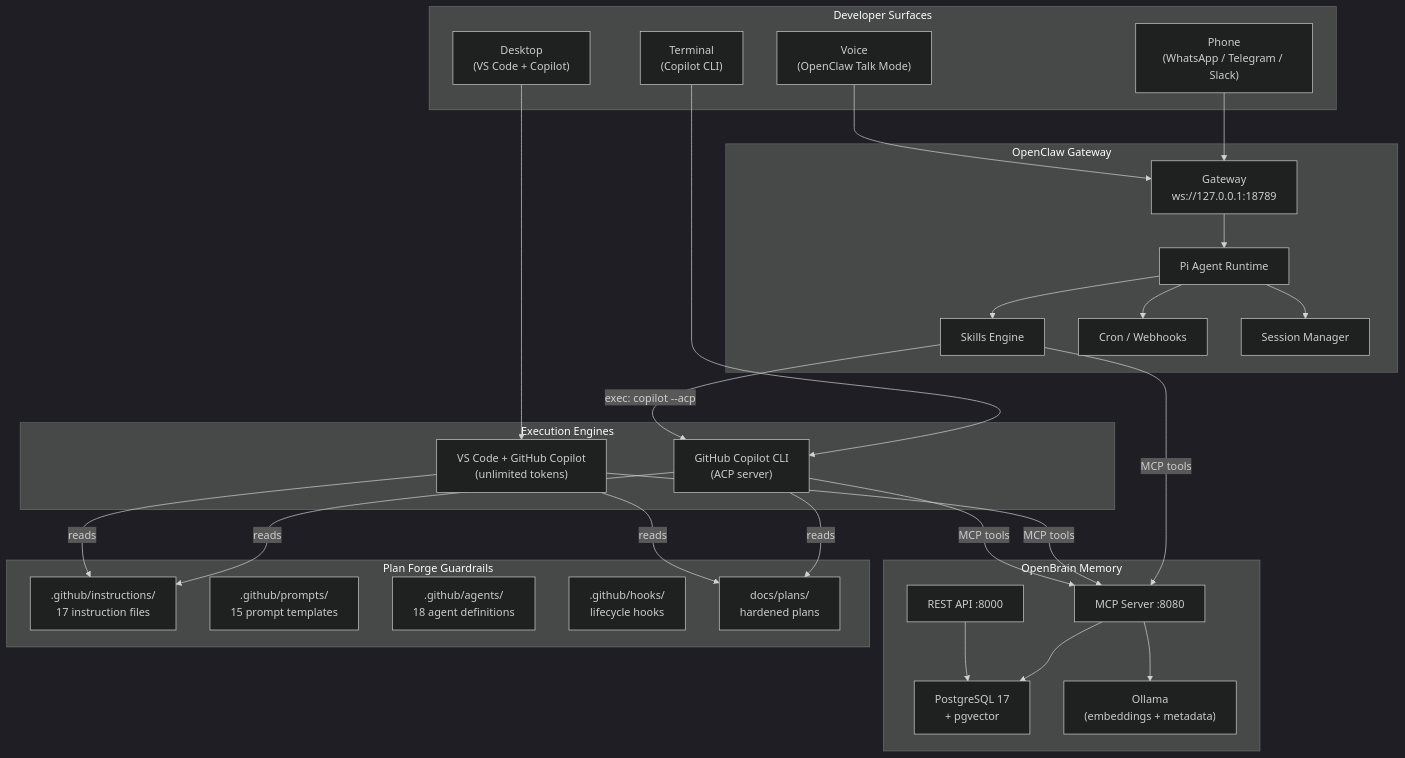
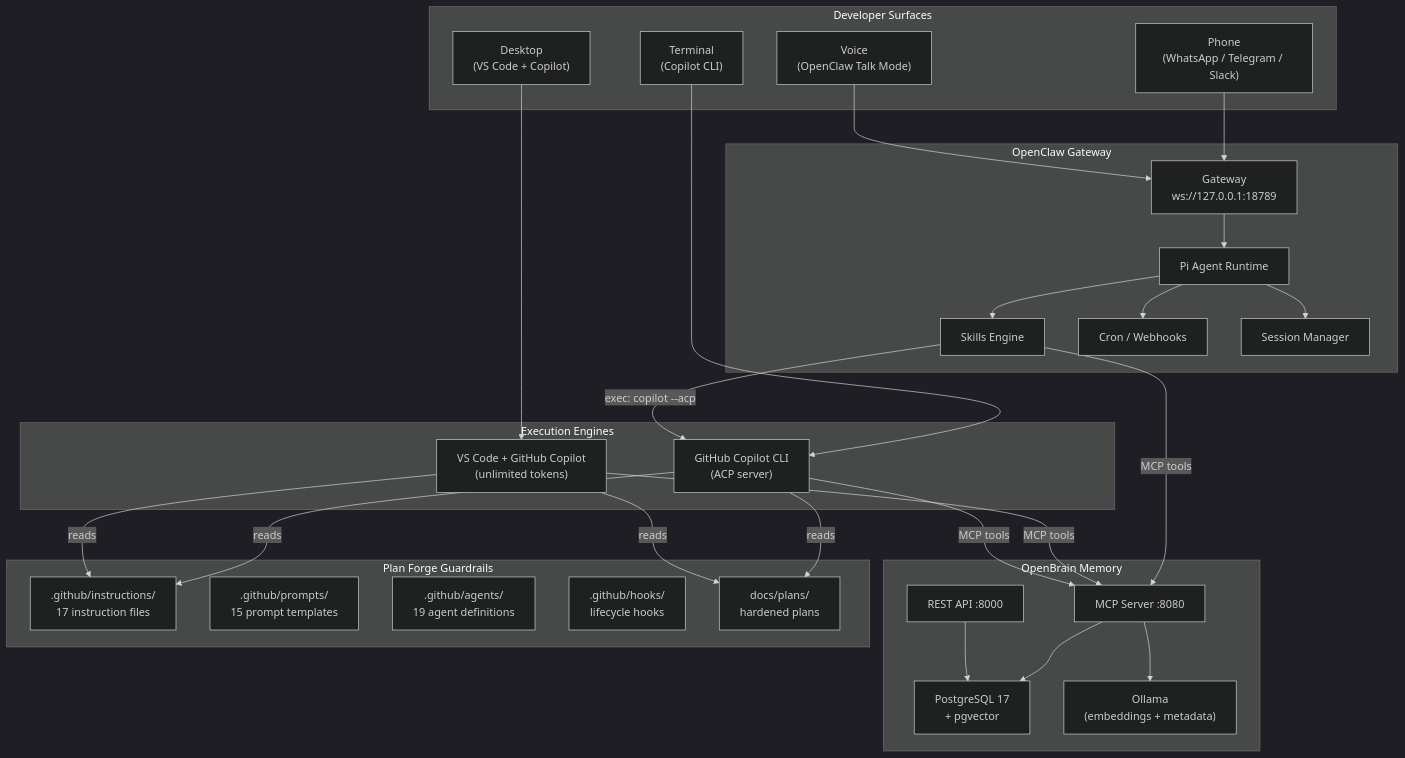
Before and after one commit to srnichols/plan-forge: the first of 9 diagrams in docs/UNIFIED-SYSTEM-ARCHITECTURE.md, drawn with Mermaid (dark theme). The commit also changed other lines of this file and 3 other files, not shown here.

````diff
--- a/docs/UNIFIED-SYSTEM-ARCHITECTURE.md
+++ b/docs/UNIFIED-SYSTEM-ARCHITECTURE.md
@@ -154,61 +154,61 @@
 ```mermaid
 graph TB
     subgraph "Developer Surfaces"
         PHONE["Phone<br/>(WhatsApp / Telegram / Slack)"]
         DESKTOP["Desktop<br/>(VS Code + Copilot)"]
         TERMINAL["Terminal<br/>(Copilot CLI)"]
         VOICE["Voice<br/>(OpenClaw Talk Mode)"]
     end
 
     subgraph "OpenClaw Gateway"
         GW["Gateway<br/>ws://127.0.0.1:18789"]
         AGENT["Pi Agent Runtime"]
         SKILLS["Skills Engine"]
         CRON["Cron / Webhooks"]
         SESSIONS["Session Manager"]
     end
 
     subgraph "Execution Engines"
         VSCODE["VS Code + GitHub Copilot<br/>(unlimited tokens)"]
         COPILOT_CLI["GitHub Copilot CLI<br/>(ACP server)"]
     end
 
     subgraph "OpenBrain Memory"
         MCP["MCP Server :8080"]
         REST["REST API :8000"]
         PG["PostgreSQL 17<br/>+ pgvector"]
         OLLAMA["Ollama<br/>(embeddings + metadata)"]
     end
 
     subgraph "Plan Forge Guardrails"
         INSTRUCTIONS[".github/instructions/<br/>17 instruction files"]
         PROMPTS[".github/prompts/<br/>15 prompt templates"]
-        AGENTS_DEF[".github/agents/<br/>18 agent definitions"]
+        AGENTS_DEF[".github/agents/<br/>19 agent definitions"]
         HOOKS[".github/hooks/<br/>lifecycle hooks"]
         PLANS["docs/plans/<br/>hardened plans"]
     end
 
     PHONE --> GW
     DESKTOP --> VSCODE
     TERMINAL --> COPILOT_CLI
     VOICE --> GW
 
     GW --> AGENT
     AGENT --> SKILLS
     AGENT --> CRON
     AGENT --> SESSIONS
 
     SKILLS -->|"exec: copilot --acp"| COPILOT_CLI
     SKILLS -->|"MCP tools"| MCP
     VSCODE -->|"MCP tools"| MCP
 
     COPILOT_CLI -->|"reads"| INSTRUCTIONS
     COPILOT_CLI -->|"reads"| PLANS
     COPILOT_CLI -->|"MCP tools"| MCP
     VSCODE -->|"reads"| INSTRUCTIONS
     VSCODE -->|"reads"| PLANS
 
     MCP --> PG
     MCP --> OLLAMA
     REST --> PG
 ```
````
